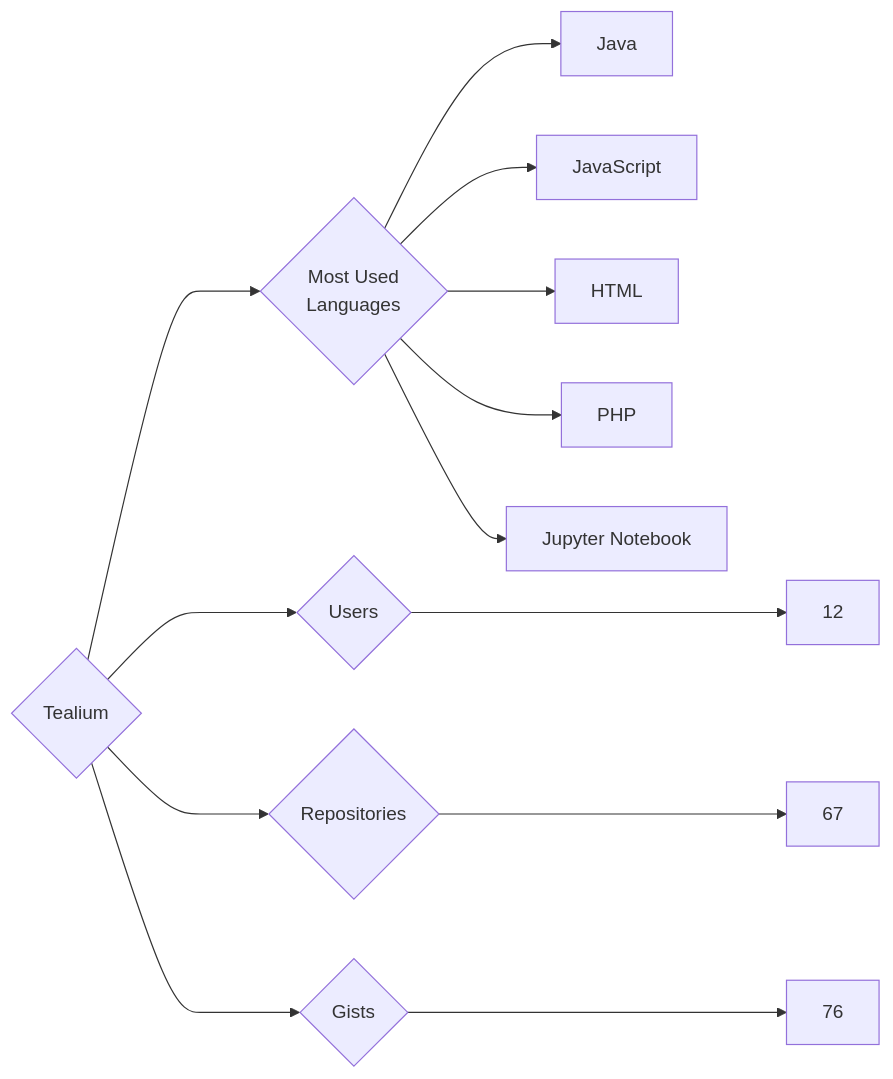
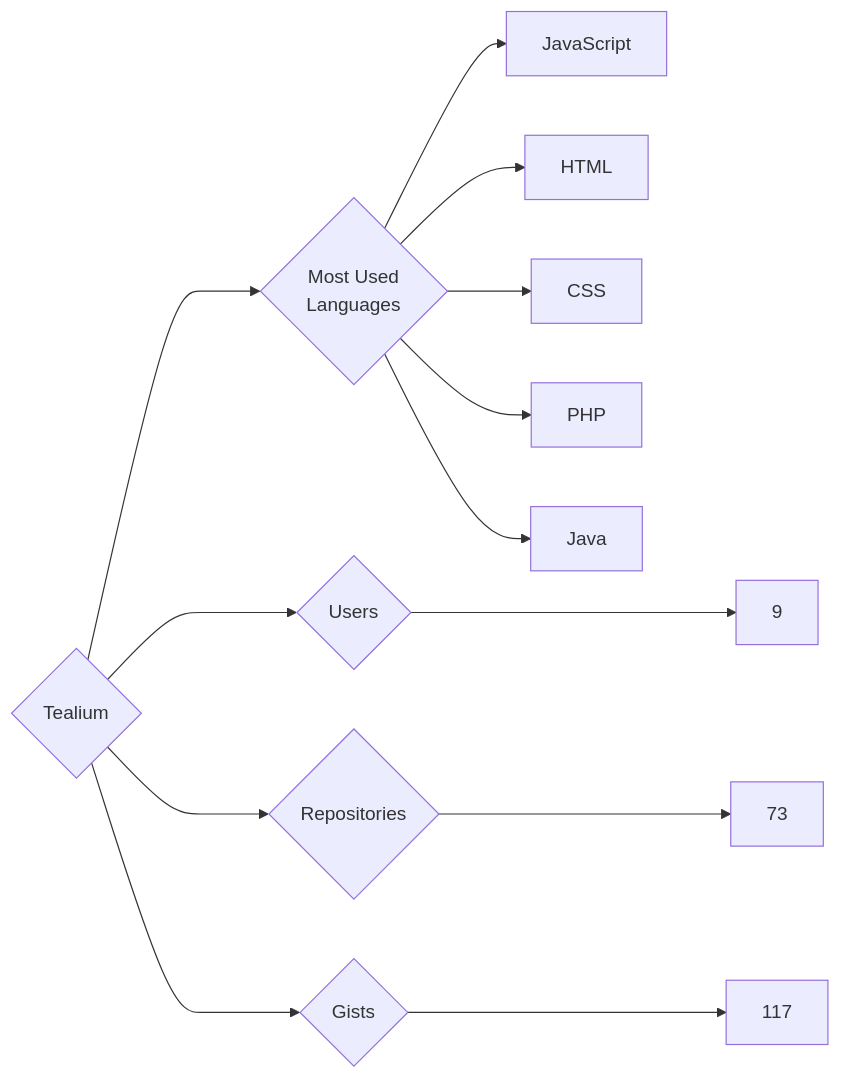
The diagram in targets/Tealium/README.md (trickest/insiders), drawn with Mermaid before and after one commit. The commit also changed 1696 other files, not shown here.

````diff
--- a/targets/Tealium/README.md
+++ b/targets/Tealium/README.md
@@ -3,13 +3,13 @@
 ```mermaid
 graph LR
 COMPANY_NAME{Tealium}
-COMPANY_NAME ---> U{Users} ---> UN[12]
-COMPANY_NAME ---> R{Repositories} ---> RN[67]
-COMPANY_NAME ---> G{Gists} ---> GN[76]
+COMPANY_NAME ---> U{Users} ---> UN[9]
+COMPANY_NAME ---> R{Repositories} ---> RN[73]
+COMPANY_NAME ---> G{Gists} ---> GN[117]
 COMPANY_NAME ---> ML{Most Used<br>Languages}
-ML --> Java[Java]
 ML --> JavaScript[JavaScript]
 ML --> HTML[HTML]
+ML --> CSS[CSS]
 ML --> PHP[PHP]
-ML --> Jupyter_Notebook[Jupyter Notebook]
+ML --> Java[Java]
 ```
````
